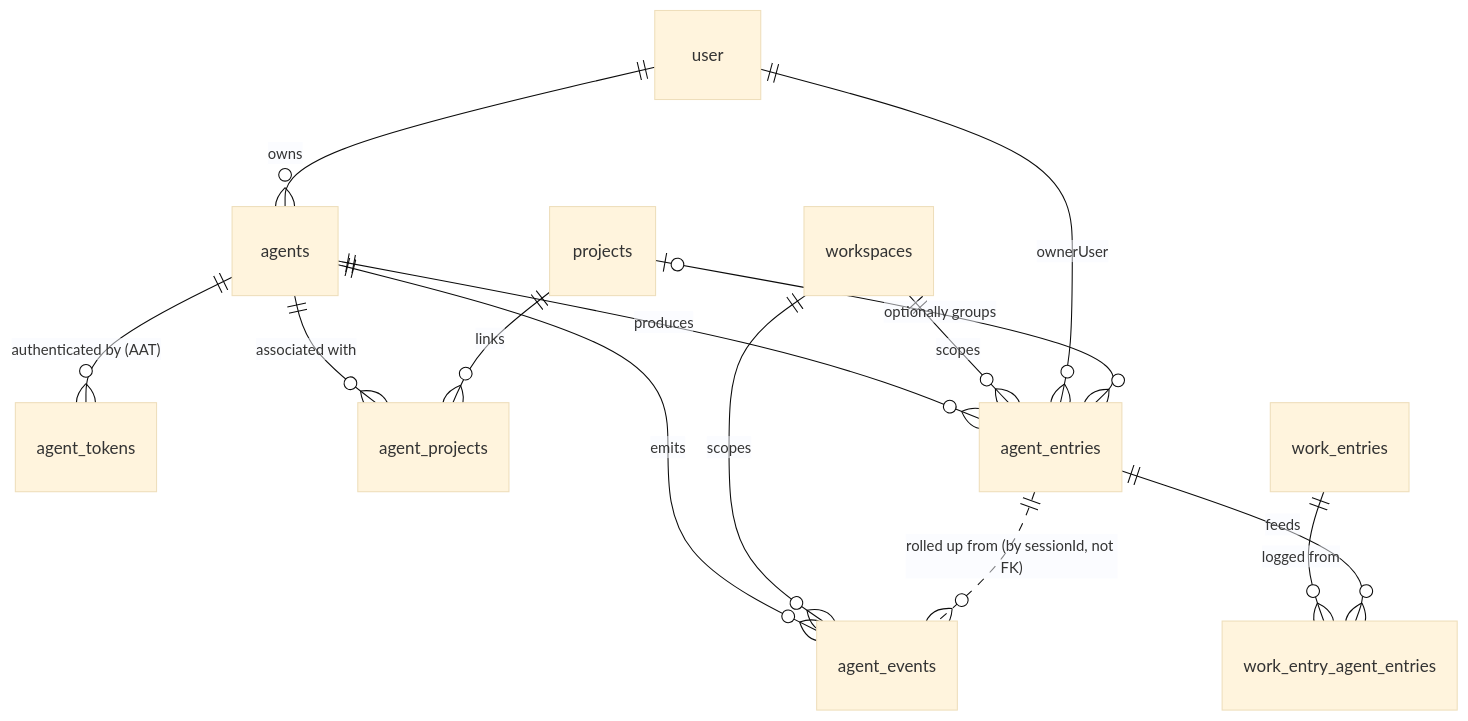
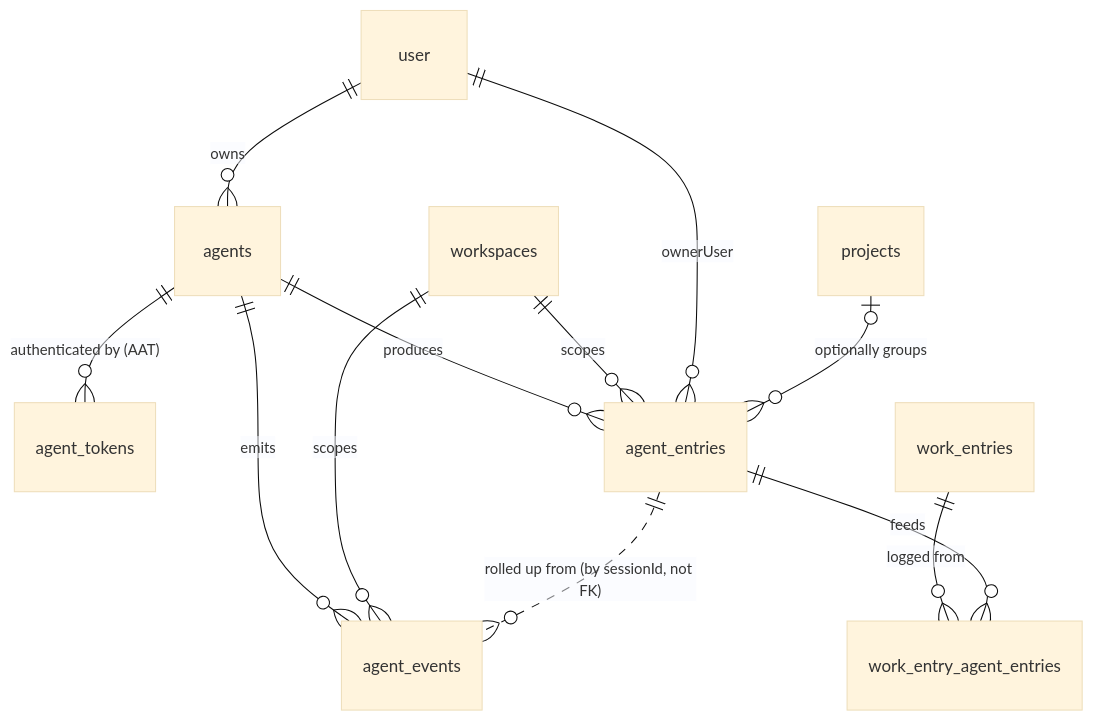
The fifth of 10 diagrams in docs/data-model.md (spantail/spantail), drawn with Mermaid (base theme) before and after one commit. The commit also changed other lines of this file and 42 other files, not shown here.

First line of the commit message:
feat(agents)!: remove the agent's workspace/project binding (#252)

````diff
--- a/docs/data-model.md
+++ b/docs/data-model.md
@@ -166,16 +166,14 @@
 ```mermaid
 erDiagram
     user ||--o{ agents : "owns"
     agents ||--o{ agent_tokens : "authenticated by (AAT)"
-    agents ||--o{ agent_projects : "associated with"
-    projects ||--o{ agent_projects : "links"
     agents ||--o{ agent_entries : "produces"
     workspaces ||--o{ agent_entries : "scopes"
     user ||--o{ agent_entries : "ownerUser"
     projects |o--o{ agent_entries : "optionally groups"
     agents ||--o{ agent_events : "emits"
     workspaces ||--o{ agent_events : "scopes"
     agent_entries ||..o{ agent_events : "rolled up from (by sessionId, not FK)"
     work_entries ||--o{ work_entry_agent_entries : "logged from"
     agent_entries ||--o{ work_entry_agent_entries : "feeds"
 ```
````
